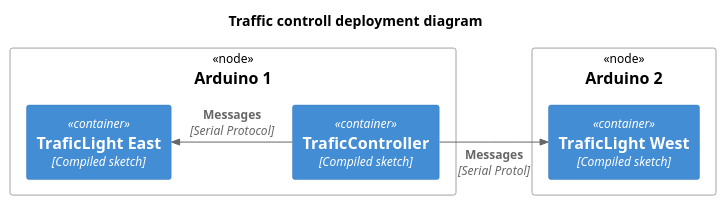
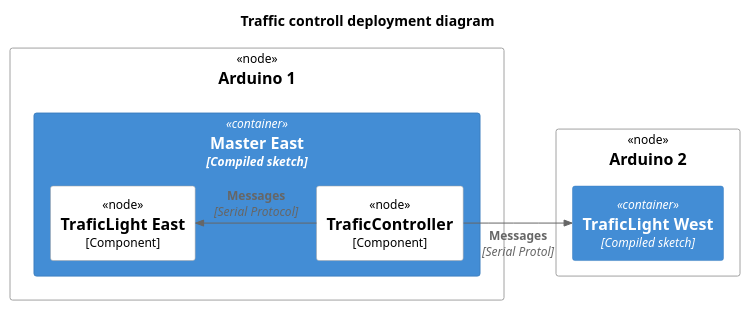
One commit to hansvheumen/traffic-control-system changed the diagram in docs/diagrams/src/c4-deployment.puml. Above: the diagram before and after it, drawn with PlantUML.

Commit message:
updated deployment diagram to one sketch

```diff
--- a/docs/diagrams/src/c4-deployment.puml
+++ b/docs/diagrams/src/c4-deployment.puml
@@ -1,21 +1,22 @@
 @startuml
 !include https://raw.githubusercontent.com/plantuml-stdlib/C4-PlantUML/master/C4_Deployment.puml
 
 ' default header Property, Value
 Title Traffic controll deployment diagram
 
 Deployment_Node_L(arduino1, "Arduino 1") {
-    Container(traficController, "TraficController", "Compiled sketch")
-    Container(traficLightEast, "TraficLight East", "Compiled sketch")
+    Container(master, "Master East", "Compiled sketch"){
+    Node(traficController, "TraficController", "Component")
+    Node(traficLightEast, "TraficLight East", "Component")
+}
 }
 
 Deployment_Node_R(arduino2, "Arduino 2") {
     Container(traficLightWest, "TraficLight West", "Compiled sketch")
 }
 
 
-
-' starting with v.2.5.0 relationships support properties too
+' relations
 Rel_R(traficController, traficLightWest, "Messages", "Serial Protol")
 Rel_L(traficController, traficLightEast, "Messages", "Serial Protocol")
 @enduml
```
